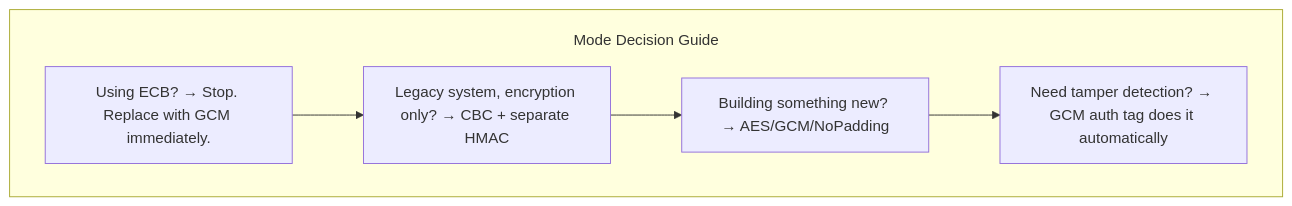
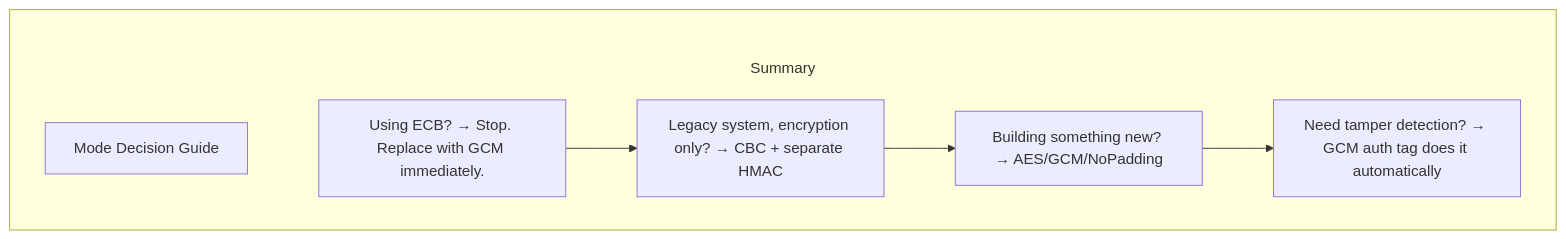
One commit to csoares/SecurityJava changed the fourth of 4 diagrams in src/main/java/security/encryption/modes/README.md. Above: the diagram before and after it, drawn with Mermaid. The commit also changed other lines of this file and 11 other files, not shown here.

Commit message:
Fix Mermaid subgraph title overlap by moving labels into title nodes Replace subgraph label syntax (which overlaps first node) with explicit title nodes inside each subgraph, connected via invisible edges (~~~). Also increase subGraphTitleMargin top padding from 20 to 50 for extra space.

````diff
--- a/src/main/java/security/encryption/modes/README.md
+++ b/src/main/java/security/encryption/modes/README.md
@@ -58,11 +64,13 @@
 ```mermaid
-%%{init: {'flowchart': {'subGraphTitleMargin': {'top': 20, 'bottom': 5}}}}%%
+%%{init: {'flowchart': {'subGraphTitleMargin': {'top': 50, 'bottom': 10}}}}%%
 flowchart TD
-    subgraph Summary ["Mode Decision Guide"]
+    subgraph Summary
+        T_Summary["Mode Decision Guide"]
+        T_Summary ~~~ D1
         D1["Using ECB? → Stop. Replace with GCM immediately."]
         D2["Legacy system, encryption only? → CBC + separate HMAC"]
         D3["Building something new? → AES/GCM/NoPadding"]
         D4["Need tamper detection? → GCM auth tag does it automatically"]
         D1 --> D2 --> D3 --> D4
     end
 ```
````
